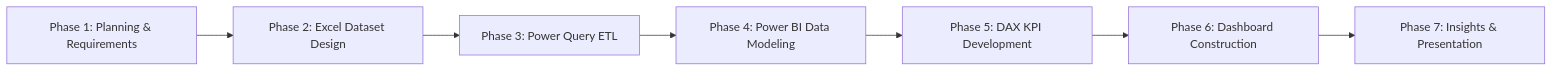
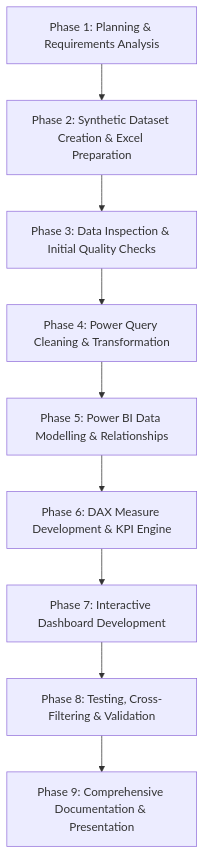
One commit to shashaank747/Electronics-Component-Analytics changed the diagram in 01_Project_Planning/project_phases.md. Above: the diagram before and after it, drawn with Mermaid. The commit also changed other lines of this file and 14 other files, not shown here.

Commit message:
Comprehensive master update of all project markdown documentation per specifications

````diff
--- a/01_Project_Planning/project_phases.md
+++ b/01_Project_Planning/project_phases.md
@@ -3,9 +3,12 @@
 ```mermaid
-flowchart LR
-    P1["Phase 1: Planning & Requirements"] --> P2["Phase 2: Excel Dataset Design"]
-    P2 --> P3["Phase 3: Power Query ETL"]
-    P3 --> P4["Phase 4: Power BI Data Modeling"]
-    P4 --> P5["Phase 5: DAX KPI Development"]
-    P5 --> P6["Phase 6: Dashboard Construction"]
-    P6 --> P7["Phase 7: Insights & Presentation"]
+flowchart TD
+    P1["Phase 1: Planning & Requirements Analysis"]
+    --> P2["Phase 2: Synthetic Dataset Creation & Excel Preparation"]
+    --> P3["Phase 3: Data Inspection & Initial Quality Checks"]
+    --> P4["Phase 4: Power Query Cleaning & Transformation"]
+    --> P5["Phase 5: Power BI Data Modelling & Relationships"]
+    --> P6["Phase 6: DAX Measure Development & KPI Engine"]
+    --> P7["Phase 7: Interactive Dashboard Development"]
+    --> P8["Phase 8: Testing, Cross-Filtering & Validation"]
+    --> P9["Phase 9: Comprehensive Documentation & Presentation"]
 ```
````
